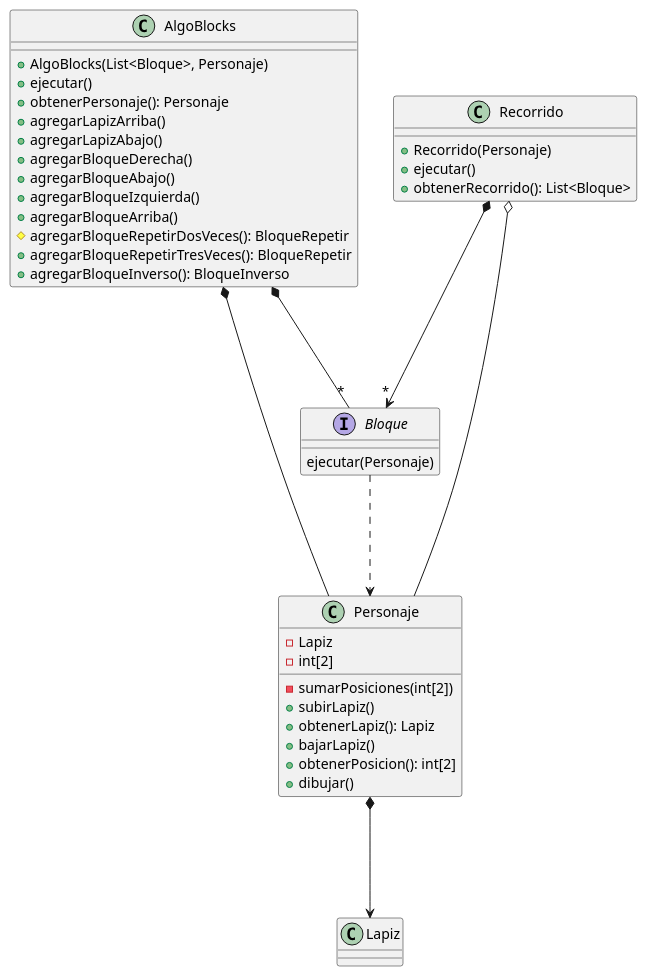
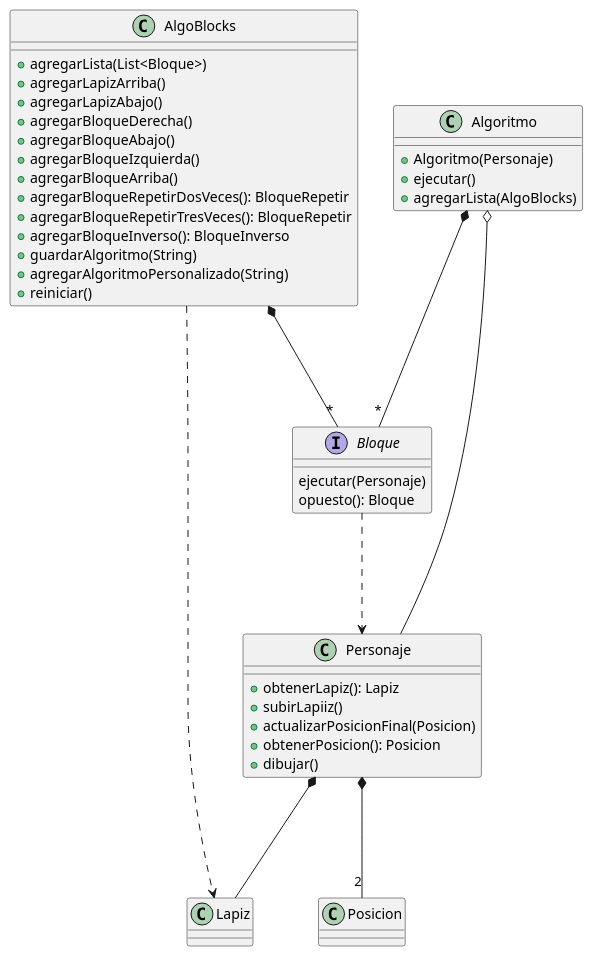
The diagram in Diagramas/AlgoBlocks UML.puml (trinibucc/TP2-AlgoBlocks), drawn with PlantUML before and after one commit. The commit also changed 9 other files, not shown here.

Commit message:
Agrego diagramas.

```diff
--- a/Diagramas/AlgoBlocks UML.puml
+++ b/Diagramas/AlgoBlocks UML.puml
@@ -1,45 +1,45 @@
 @startuml
 
 class AlgoBlocks{
-    + AlgoBlocks(List<Bloque>, Personaje)
-    + ejecutar()
-    + obtenerPersonaje(): Personaje
+    + agregarLista(List<Bloque>)
     + agregarLapizArriba()
     + agregarLapizAbajo()
     + agregarBloqueDerecha()
     + agregarBloqueAbajo()
     + agregarBloqueIzquierda()
     + agregarBloqueArriba()
-    # agregarBloqueRepetirDosVeces(): BloqueRepetir
+    + agregarBloqueRepetirDosVeces(): BloqueRepetir
     + agregarBloqueRepetirTresVeces(): BloqueRepetir
     + agregarBloqueInverso(): BloqueInverso
+    + guardarAlgoritmo(String)
+    + agregarAlgoritmoPersonalizado(String)
+    + reiniciar()
 }
-AlgoBlocks *--- Personaje
 AlgoBlocks *--- "*" Bloque
+AlgoBlocks ....> Lapiz
 
 interface Bloque{
     ejecutar(Personaje)
+    opuesto(): Bloque
 }
+
 Bloque ...> Personaje
 
 class Personaje{
-    - Lapiz
-    - int[2]
-    - sumarPosiciones(int[2])
-    + subirLapiz()
     + obtenerLapiz(): Lapiz
-    + bajarLapiz()
-    + obtenerPosicion(): int[2]
+    + subirLapiiz()
+    + actualizarPosicionFinal(Posicion)
+    + obtenerPosicion(): Posicion
     + dibujar()
 }
-Personaje *---> Lapiz
+Personaje *--- "2"Posicion
+Personaje *--- Lapiz
 
-class Recorrido{
-     + Recorrido(Personaje)
+class Algoritmo{
+     + Algoritmo(Personaje)
      + ejecutar()
-     + obtenerRecorrido(): List<Bloque>
-
+     + agregarLista(AlgoBlocks)
 }
-Recorrido *---> "*" Bloque
-Recorrido o--- Personaje
+Algoritmo *--- "*" Bloque
+Algoritmo o--- Personaje
 @enduml
```
